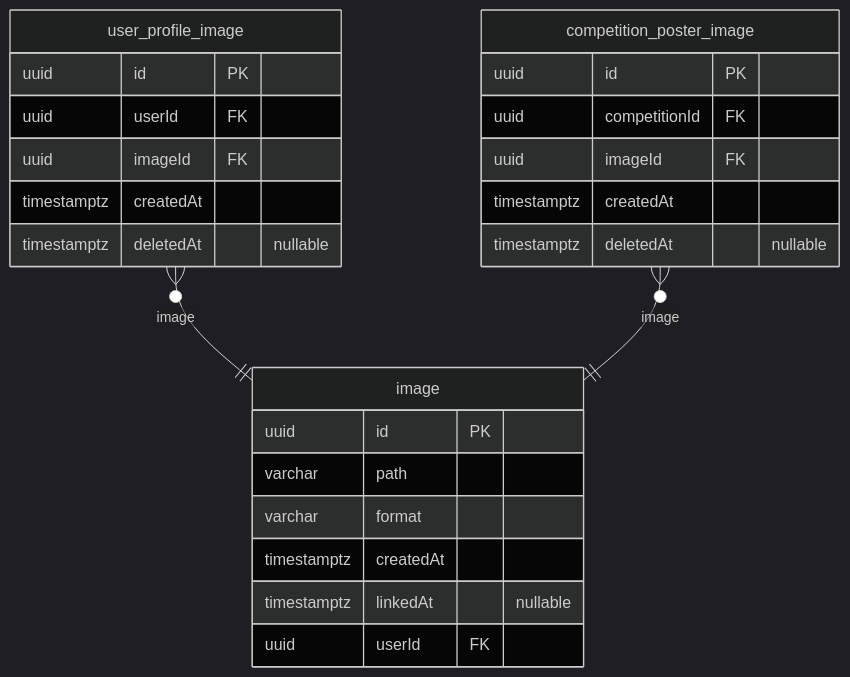
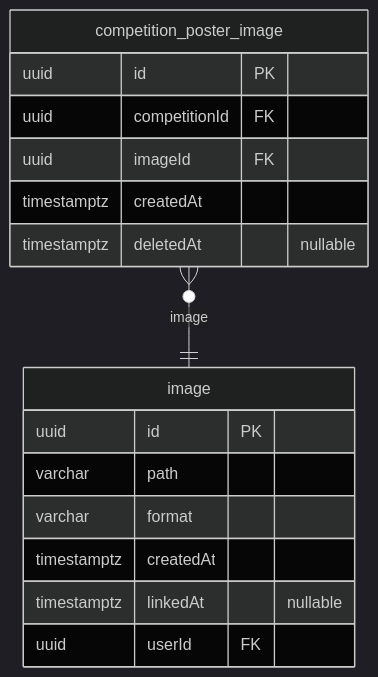
The fifth of 5 diagrams in docs/najiha-v2-erd.md (NAJUHA-JIUJITSU/najuha-v2-be), drawn with Mermaid (dark theme) before and after one commit. The commit also changed other lines of this file and 25 other files, not shown here.

Commit message:
NJH-400 refactor: userProfileImage 구조 변경

````diff
--- a/docs/najiha-v2-erd.md
+++ b/docs/najiha-v2-erd.md
@@ -892,27 +859,19 @@
 ```mermaid
 erDiagram
-  user_profile_image {
-    uuid id PK
-    uuid userId FK
-    uuid imageId FK
-    timestamptz createdAt
-    timestamptz deletedAt "nullable"
-  }
   image {
     uuid id PK
     varchar path
     varchar format
     timestamptz createdAt
     timestamptz linkedAt "nullable"
     uuid userId FK
   }
   competition_poster_image {
     uuid id PK
     uuid competitionId FK
     uuid imageId FK
     timestamptz createdAt
     timestamptz deletedAt "nullable"
   }
-  user_profile_image }o--|| image: image
   competition_poster_image }o--|| image: image
 ```
````
